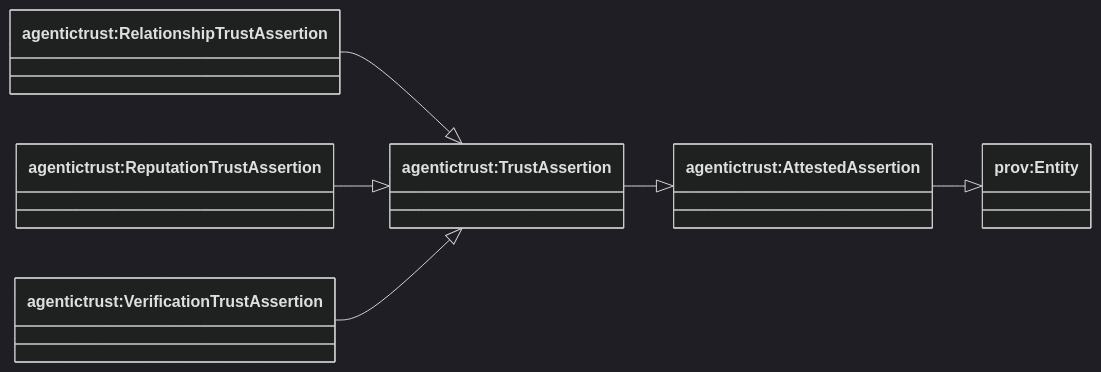
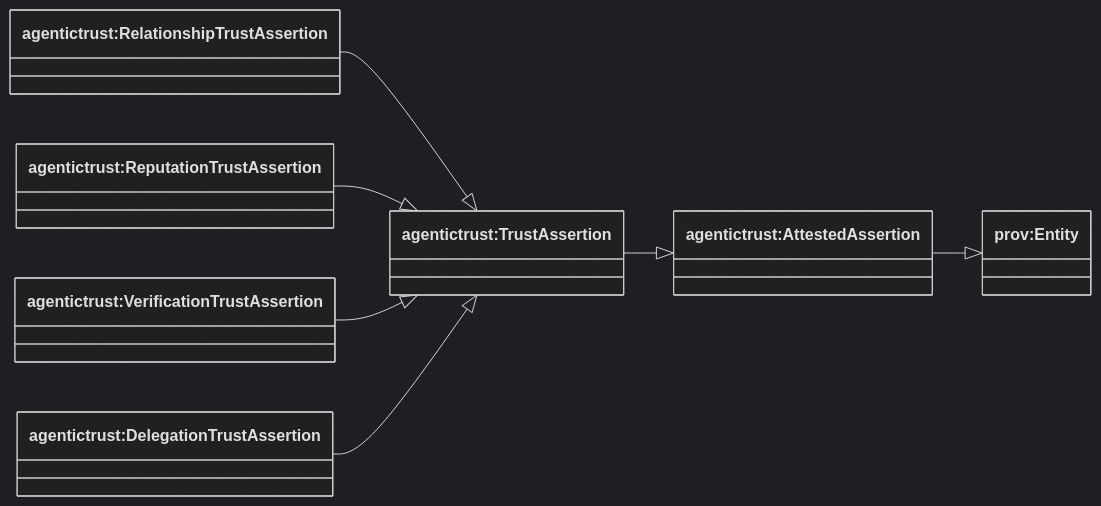
Before and after one commit to Agentic-Trust-Layer/agent-explorer: the third of 9 diagrams in docs/ontology/situation.md, drawn with Mermaid (dark theme). The commit also changed other lines of this file and 3 other files, not shown here.

Commit message:
add DelegationTrustAssertion to models and wasAuthorizedByDelegation

````diff
--- a/docs/ontology/situation.md
+++ b/docs/ontology/situation.md
@@ -87,17 +91,19 @@
 ```mermaid
 classDiagram
 direction LR
 
 class provEntity["prov:Entity"]
 class AttestedAssertion["agentictrust:AttestedAssertion"]
 class TrustAssertion["agentictrust:TrustAssertion"]
 class RelationshipAssertion["agentictrust:RelationshipTrustAssertion"]
 class ReputationAssertion["agentictrust:ReputationTrustAssertion"]
 class VerificationAssertion["agentictrust:VerificationTrustAssertion"]
+class DelegationAssertion["agentictrust:DelegationTrustAssertion"]
 
 AttestedAssertion --|> provEntity
 TrustAssertion --|> AttestedAssertion
 RelationshipAssertion --|> TrustAssertion
 ReputationAssertion --|> TrustAssertion
 VerificationAssertion --|> TrustAssertion
+DelegationAssertion --|> TrustAssertion
 ```
````
